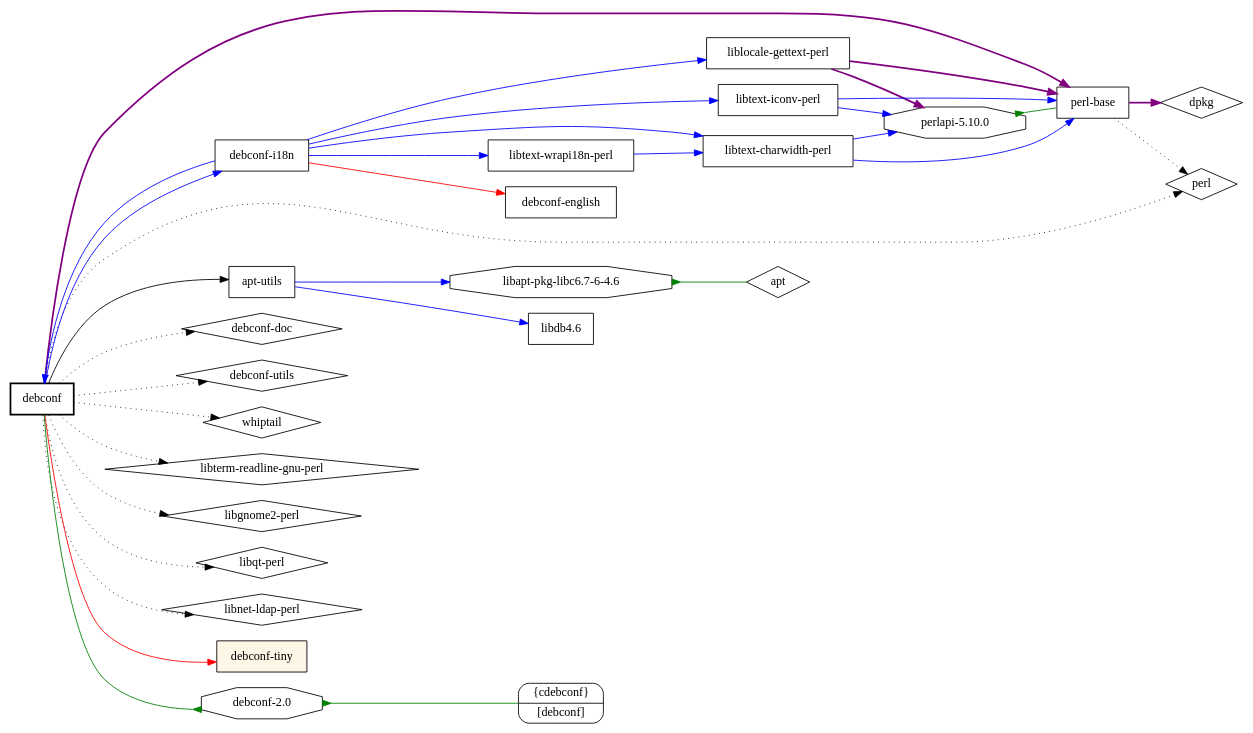
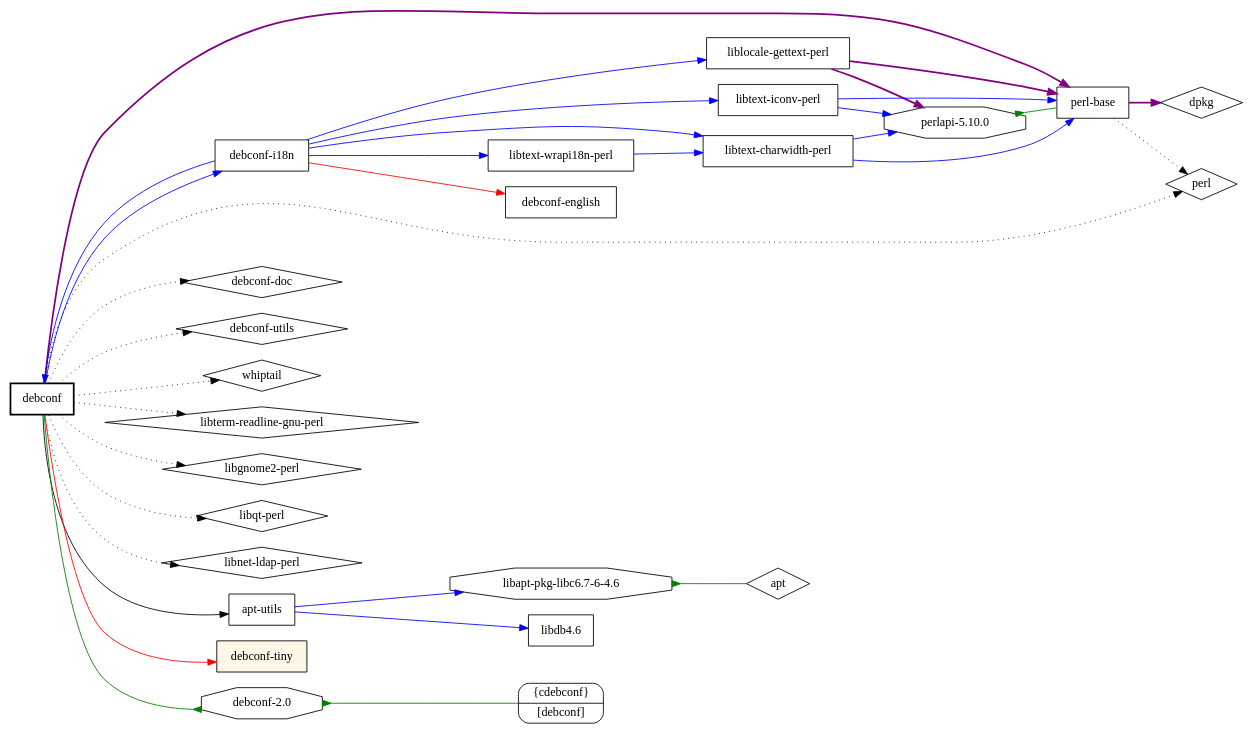
The diagram in testset/debconf3.dot (juandesant/debtree), drawn with Graphviz before and after one commit. The commit also changed other lines of this file and 15 other files, not shown here.

```diff
--- a/testset/debconf3.dot
+++ b/testset/debconf3.dot
@@ -1,59 +1,59 @@
 digraph "debconf" {
 	rankdir=LR;
 	node [shape=box];
-	"debconf" -> "perl-base" [color=purple,style=bold];
-	"perl-base" -> "dpkg" [color=purple,style=bold];
-	"perl-base" -> "perl" [style=dotted];
 	"debconf" -> "debconf-i18n" [color=blue];
 	"debconf-i18n" -> "debconf" [color=blue];
 	"debconf-i18n" -> "liblocale-gettext-perl" [color=blue];
 	"liblocale-gettext-perl" -> "perl-base" [color=purple,style=bold];
+	"perl-base" -> "dpkg" [color=purple,style=bold];
+	"perl-base" -> "perl" [style=dotted];
 	"liblocale-gettext-perl" -> "perlapi-5.10.0" [color=purple,style=bold];
 	"perlapi-5.10.0" -> "perl-base" [dir=back,arrowtail=inv,color=green];
 	"perlapi-5.10.0" [shape=octagon];
 	"debconf-i18n" -> "libtext-iconv-perl" [color=blue];
 	"libtext-iconv-perl" -> "perl-base" [color=blue];
 	"libtext-iconv-perl" -> "perlapi-5.10.0" [color=blue];
 	"debconf-i18n" -> "libtext-wrapi18n-perl" [color=blue];
 	"libtext-wrapi18n-perl" -> "libtext-charwidth-perl" [color=blue];
 	"libtext-charwidth-perl" -> "perl-base" [color=blue];
 	"libtext-charwidth-perl" -> "perlapi-5.10.0" [color=blue];
 	"debconf-i18n" -> "libtext-charwidth-perl" [color=blue];
 	"debconf-i18n" -> "debconf-english" [color=red];
-	"debconf" -> "apt-utils";
-	"apt-utils" -> "libapt-pkg-libc6.7-6-4.6" [color=blue];
-	"libapt-pkg-libc6.7-6-4.6" -> "apt" [dir=back,arrowtail=inv,color=green];
-	"libapt-pkg-libc6.7-6-4.6" [shape=octagon];
-	"apt-utils" -> "libdb4.6" [color=blue];
+	"debconf" -> "perl-base" [color=purple,style=bold];
 	"debconf" -> "debconf-doc" [style=dotted];
 	"debconf" -> "debconf-utils" [style=dotted];
 	"debconf" -> "whiptail" [style=dotted];
 	"debconf" -> "libterm-readline-gnu-perl" [style=dotted];
 	"debconf" -> "libgnome2-perl" [style=dotted];
 	"debconf" -> "libqt-perl" [style=dotted];
 	"debconf" -> "libnet-ldap-perl" [style=dotted];
 	"debconf" -> "perl" [style=dotted];
+	"debconf" -> "apt-utils";
+	"apt-utils" -> "libapt-pkg-libc6.7-6-4.6" [color=blue];
+	"libapt-pkg-libc6.7-6-4.6" -> "apt" [dir=back,arrowtail=inv,color=green];
+	"libapt-pkg-libc6.7-6-4.6" [shape=octagon];
+	"apt-utils" -> "libdb4.6" [color=blue];
 	"debconf" -> "debconf-tiny" [color=red];
 	"debconf" -> "debconf-2.0" [arrowhead=inv,color=green];
 	"debconf-2.0" -> virt1 [dir=back,arrowtail=inv,color=green];
 	"debconf-2.0" [shape=octagon];
 	"debconf" [style="setlinewidth(2)"]
 	"debconf-tiny" [style=filled,fillcolor=oldlace];
 	virt1 [
 		shape = "record"
 		style = "rounded"
 		label = "<cdebconf> \{cdebconf\} | <debconf> [debconf]"
 	]
 	"apt" [shape=diamond];
 	"debconf-doc" [shape=diamond];
 	"debconf-utils" [shape=diamond];
 	"dpkg" [shape=diamond];
 	"libgnome2-perl" [shape=diamond];
 	"libnet-ldap-perl" [shape=diamond];
 	"libqt-perl" [shape=diamond];
 	"libterm-readline-gnu-perl" [shape=diamond];
 	"perl" [shape=diamond];
 	"whiptail" [shape=diamond];
 }
 // Excluded dependencies:
 // libc6 libgcc1 libstdc++6
```
